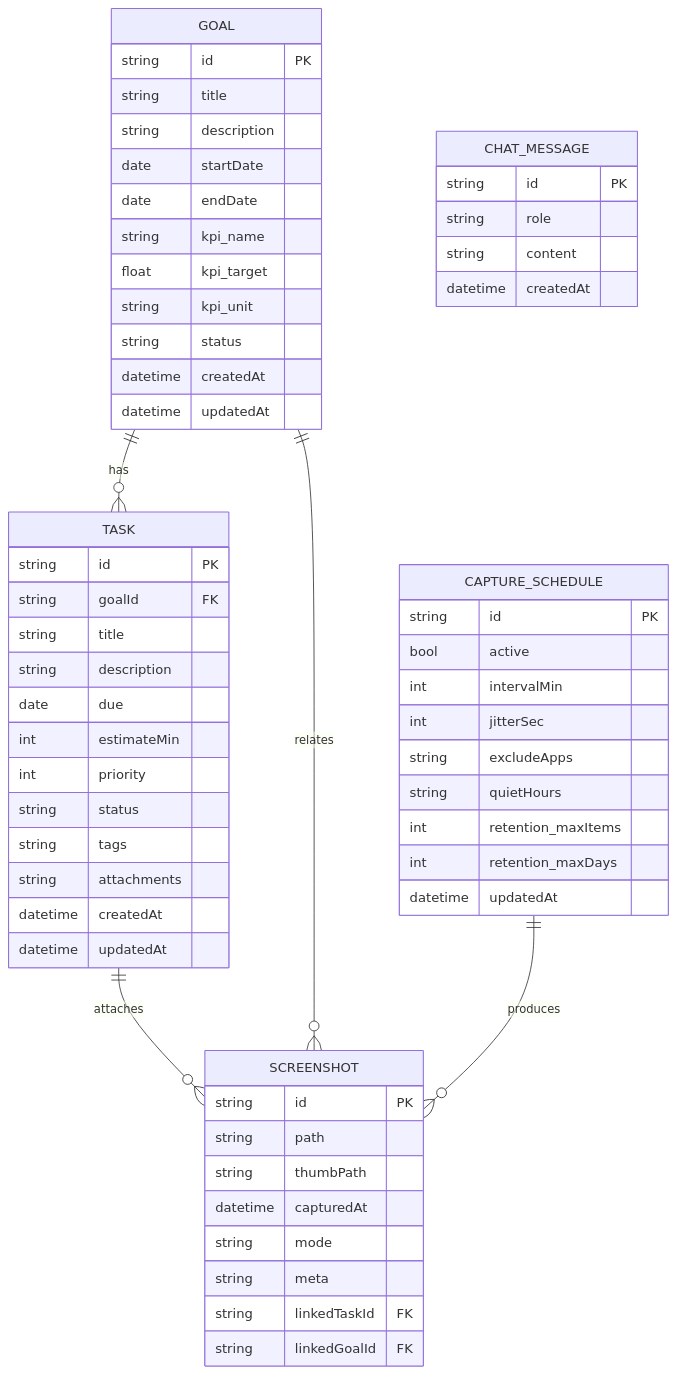
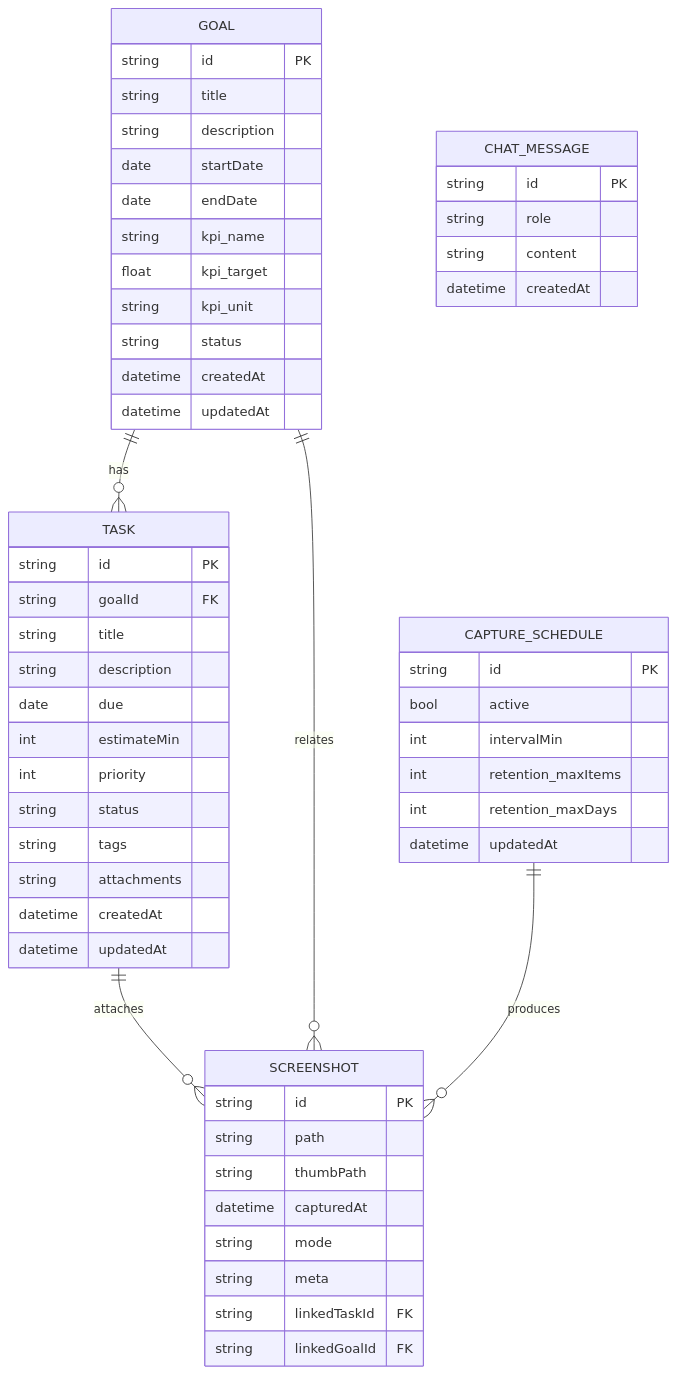
Before and after one commit to ano333333/llm-time-manager: the diagram in docs/data-model.md, drawn with Mermaid. The commit also changed other lines of this file and 1 other file, not shown here.

````diff
--- a/docs/data-model.md
+++ b/docs/data-model.md
@@ -15,62 +15,59 @@
 ```mermaid
 erDiagram
   GOAL ||--o{ TASK : has
   TASK ||--o{ SCREENSHOT : attaches
   GOAL ||--o{ SCREENSHOT : relates
   CAPTURE_SCHEDULE ||--o{ SCREENSHOT : produces
 
   GOAL {
     string id PK
     string title
     string description
     date startDate
     date endDate
     string kpi_name
     float kpi_target
     string kpi_unit
     string status
     datetime createdAt
     datetime updatedAt
   }
   TASK {
     string id PK
     string goalId FK
     string title
     string description
     date due
     int estimateMin
     int priority
     string status
     string tags
     string attachments
     datetime createdAt
     datetime updatedAt
   }
   SCREENSHOT {
     string id PK
     string path
     string thumbPath
     datetime capturedAt
     string mode
     string meta
     string linkedTaskId FK
     string linkedGoalId FK
   }
   CAPTURE_SCHEDULE {
     string id PK
     bool active
     int intervalMin
-    int jitterSec
-    string excludeApps
-    string quietHours
     int retention_maxItems
     int retention_maxDays
     datetime updatedAt
   }
   CHAT_MESSAGE {
     string id PK
     string role
     string content
     datetime createdAt
   }
 ```
````
